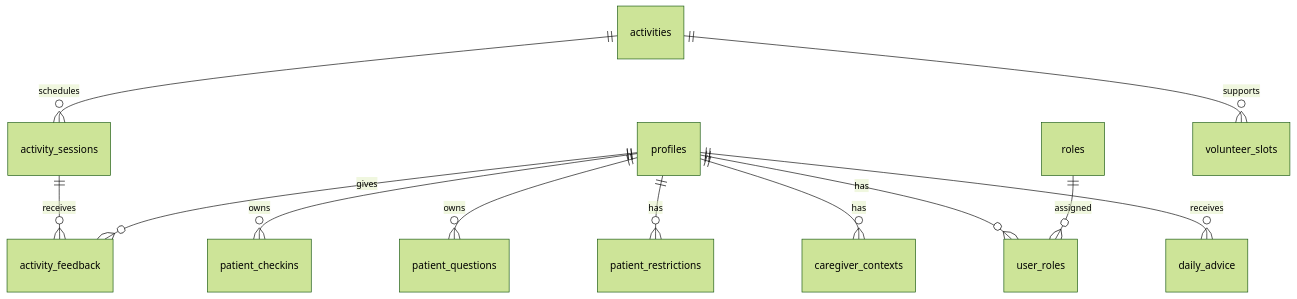
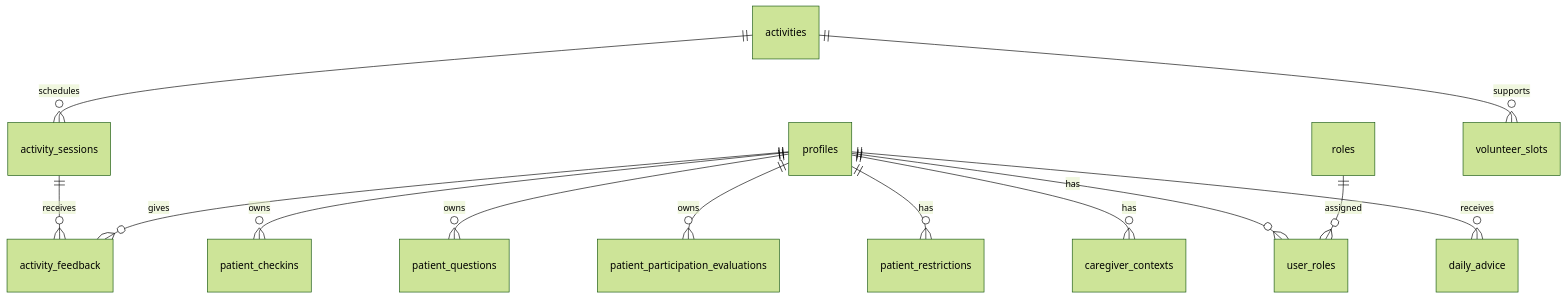
One commit to MorikuMarieke/opname-buddy changed the diagram in docs/domain-model.md. Above: the diagram before and after it, drawn with Mermaid (forest theme). The commit also changed other lines of this file and 18 other files, not shown here.

````diff
--- a/docs/domain-model.md
+++ b/docs/domain-model.md
@@ -378,14 +422,15 @@
 ```mermaid
 erDiagram
   profiles ||--o{ patient_checkins : owns
   profiles ||--o{ patient_questions : owns
+  profiles ||--o{ patient_participation_evaluations : owns
   profiles ||--o{ patient_restrictions : has
   profiles ||--o{ caregiver_contexts : has
   profiles ||--o{ user_roles : has
   roles ||--o{ user_roles : assigned
   activities ||--o{ activity_sessions : schedules
   activities ||--o{ volunteer_slots : supports
   activity_sessions ||--o{ activity_feedback : receives
   profiles ||--o{ activity_feedback : gives
   profiles ||--o{ daily_advice : receives
 ```
````
